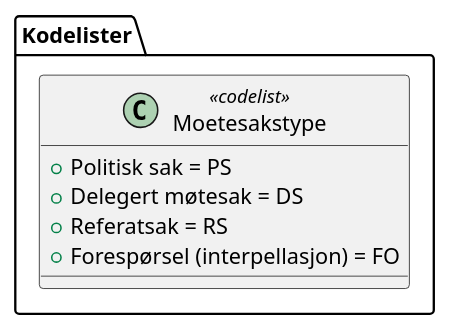
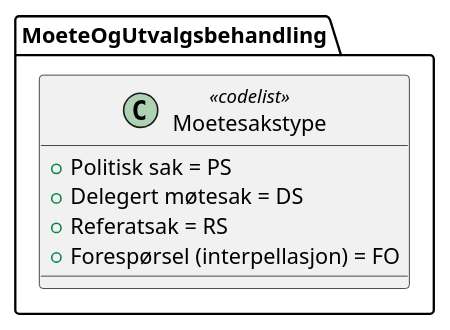
One commit to arkivverket/noark5-tjenestegrensesnitt-standard changed the diagram in kapitler/media/uml-codelist-moetesakstype.iuml. Above: the diagram before and after it, drawn with PlantUML. The commit also changed 21 other files, not shown here.

```diff
--- a/kapitler/media/uml-codelist-moetesakstype.iuml
+++ b/kapitler/media/uml-codelist-moetesakstype.iuml
@@ -1,8 +1,8 @@
 @startuml
-class Kodelister.Moetesakstype <<codelist>> {
+class MoeteOgUtvalgsbehandling.Moetesakstype <<codelist>> {
   +Politisk sak = PS
   +Delegert møtesak = DS
   +Referatsak = RS
   {field} +Forespørsel (interpellasjon) = FO
 }
 @enduml
```
